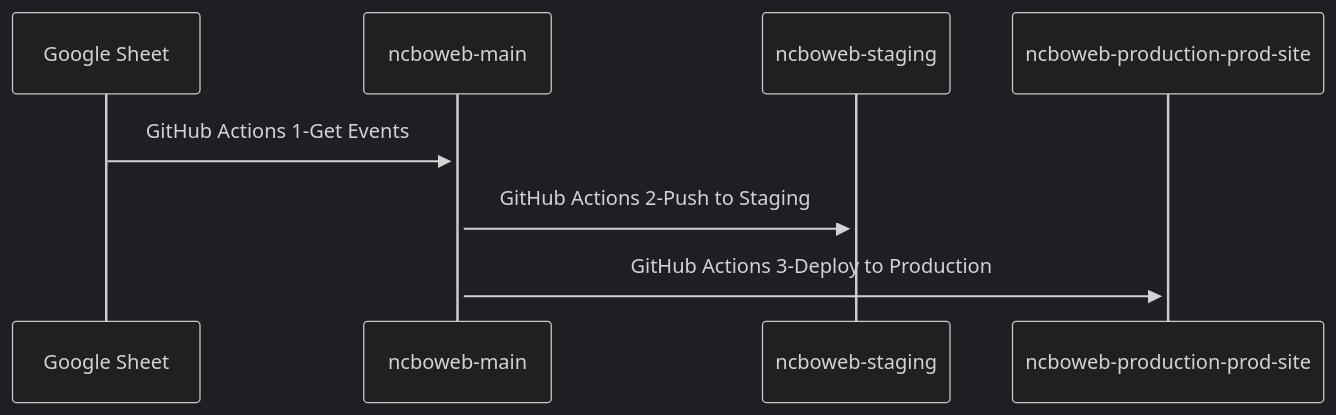
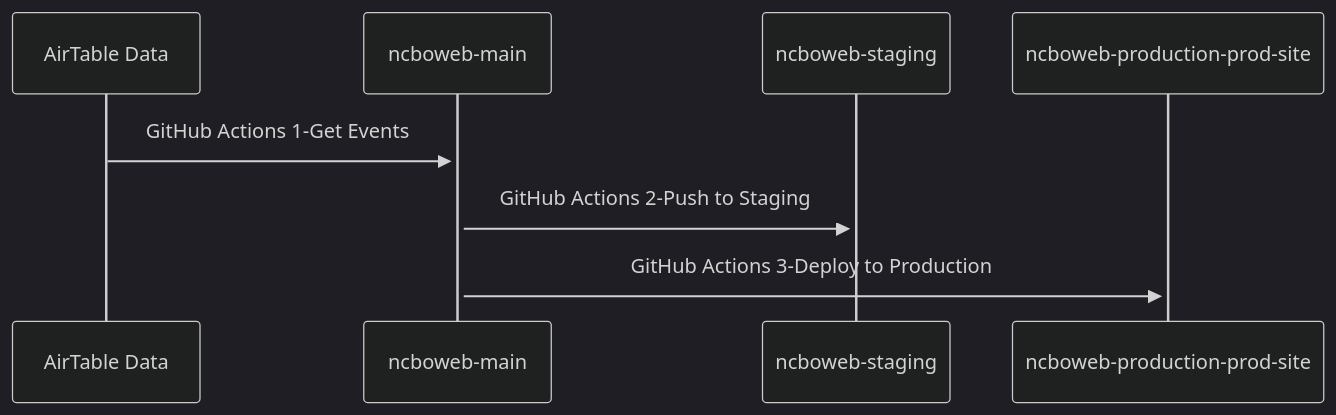
Before and after one commit to ncbaroqueorchestra/ncboweb: the diagram in README.md, drawn with Mermaid (dark theme). The commit also changed other lines of this file, not shown here.

````diff
--- a/README.md
+++ b/README.md
@@ -49,6 +49,6 @@
 ```mermaid
 sequenceDiagram
-    Google Sheet->>+ncboweb-main: GitHub Actions 1-Get Events
+    AirTable Data->>+ncboweb-main: GitHub Actions 1-Get Events
     ncboweb-main->>+ncboweb-staging: GitHub Actions 2-Push to Staging
     ncboweb-main->>+ncboweb-production-prod-site: GitHub Actions 3-Deploy to Production
 ```
````
